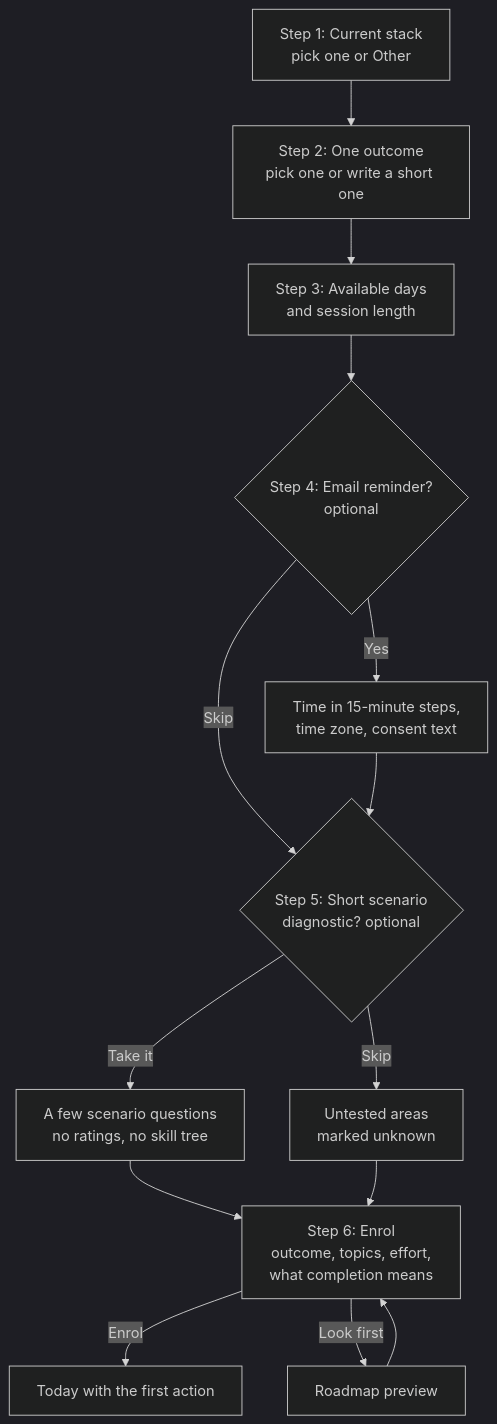
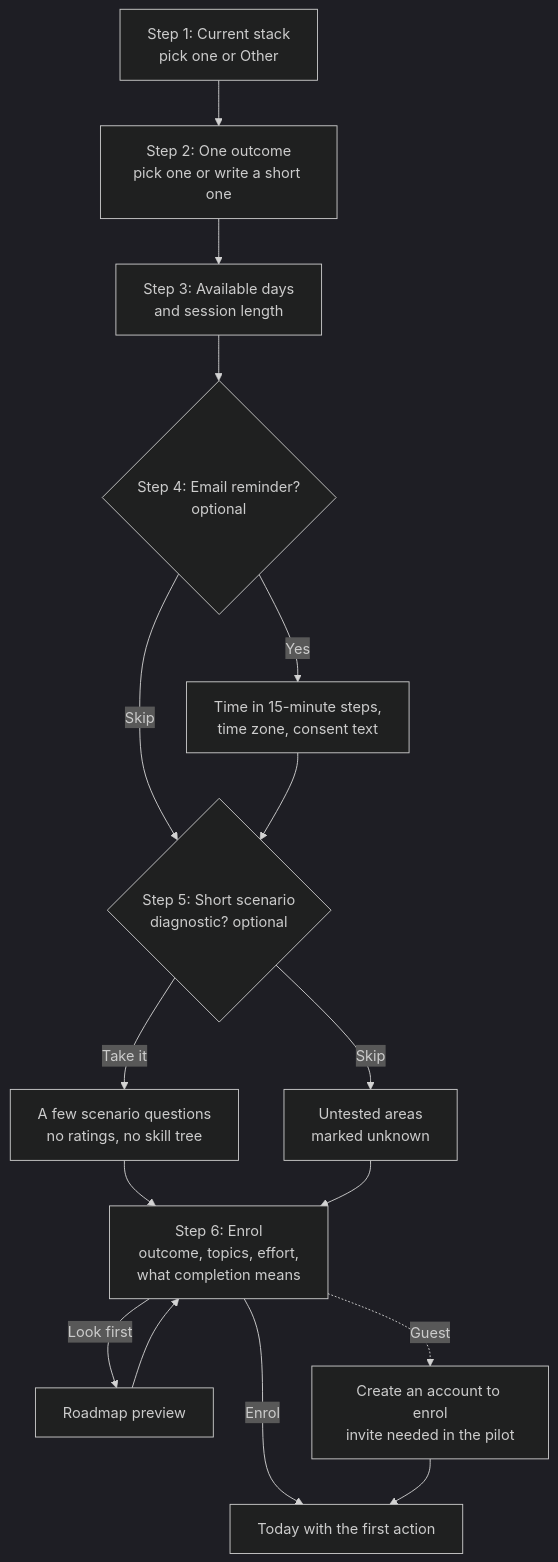
The third of 12 diagrams in devstep/docs/08-ux-and-screens.md (GhanshyamSoni68/app_idea), drawn with Mermaid (dark theme) before and after one commit. The commit also changed other lines of this file and 8 other files, not shown here.

````diff
--- a/devstep/docs/08-ux-and-screens.md
+++ b/devstep/docs/08-ux-and-screens.md
@@ -156,16 +156,17 @@
 ```mermaid
 flowchart TD
   B1["Step 1: Current stack<br/>pick one or Other"] --> B2["Step 2: One outcome<br/>pick one or write a short one"]
   B2 --> B3["Step 3: Available days<br/>and session length"]
   B3 --> B4{"Step 4: Email reminder?<br/>optional"}
   B4 -->|Yes| B5["Time in 15-minute steps,<br/>time zone, consent text"]
   B4 -->|Skip| B6{"Step 5: Short scenario<br/>diagnostic? optional"}
   B5 --> B6
   B6 -->|Take it| B7["A few scenario questions<br/>no ratings, no skill tree"]
   B6 -->|Skip| B8["Untested areas<br/>marked unknown"]
   B7 --> B9["Step 6: Enrol<br/>outcome, topics, effort,<br/>what completion means"]
   B8 --> B9
   B9 -->|Enrol| B10["Today with the first action"]
   B9 -->|Look first| B11["Roadmap preview"]
   B11 --> B9
+  B9 -.->|Guest| B12["Create an account to enrol<br/>invite needed in the pilot"] --> B10
 ```
````
